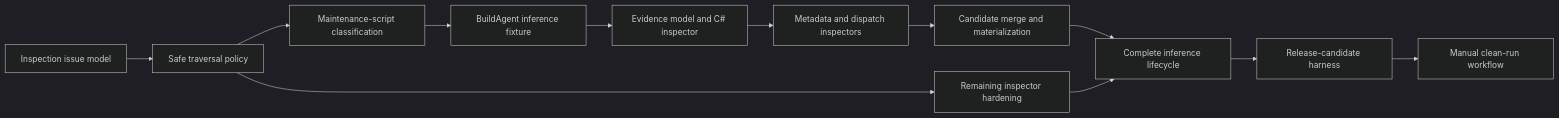
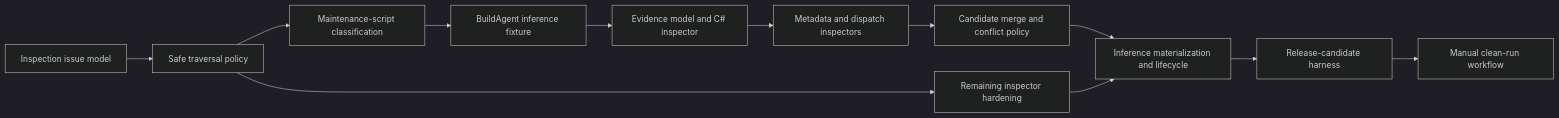
The diagram in planning/next-engineering-set-implementation-plan.md (The-Running-Dev/SubZeroDev.PSGenerator), drawn with Mermaid (dark theme) before and after one commit. The commit also changed other lines of this file and 1 other file, not shown here.

````diff
--- a/planning/next-engineering-set-implementation-plan.md
+++ b/planning/next-engineering-set-implementation-plan.md
@@ -33,14 +41,14 @@
 ```mermaid
 flowchart LR
     A["Inspection issue model"] --> B["Safe traversal policy"]
     B --> K["Maintenance-script classification"]
     K --> C["BuildAgent inference fixture"]
     C --> D["Evidence model and C# inspector"]
     D --> E["Metadata and dispatch inspectors"]
-    E --> F["Candidate merge and materialization"]
+    E --> F["Candidate merge and conflict policy"]
     B --> G["Remaining inspector hardening"]
-    F --> H["Complete inference lifecycle"]
+    F --> H["Inference materialization and lifecycle"]
     G --> H
     H --> I["Release-candidate harness"]
     I --> J["Manual clean-run workflow"]
 ```
````
